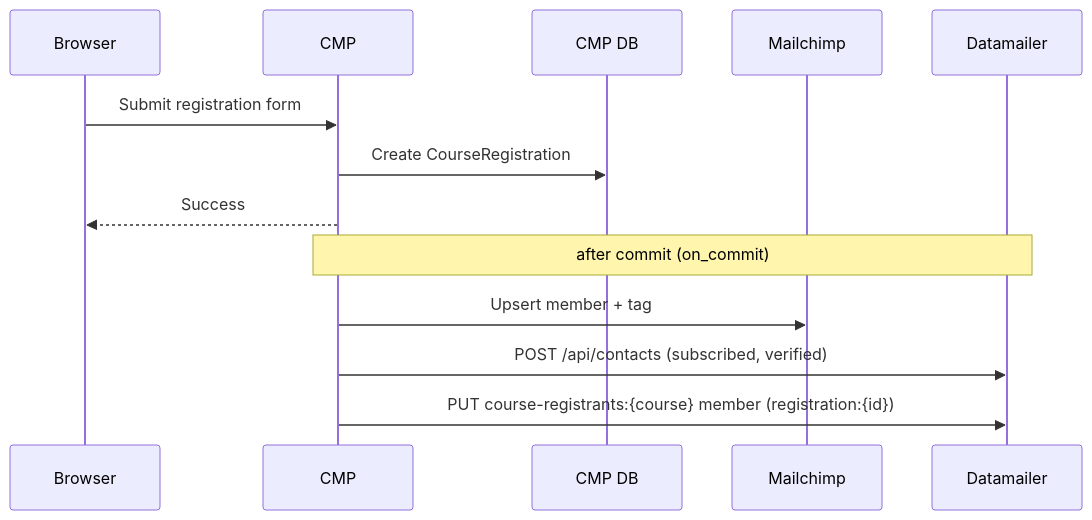
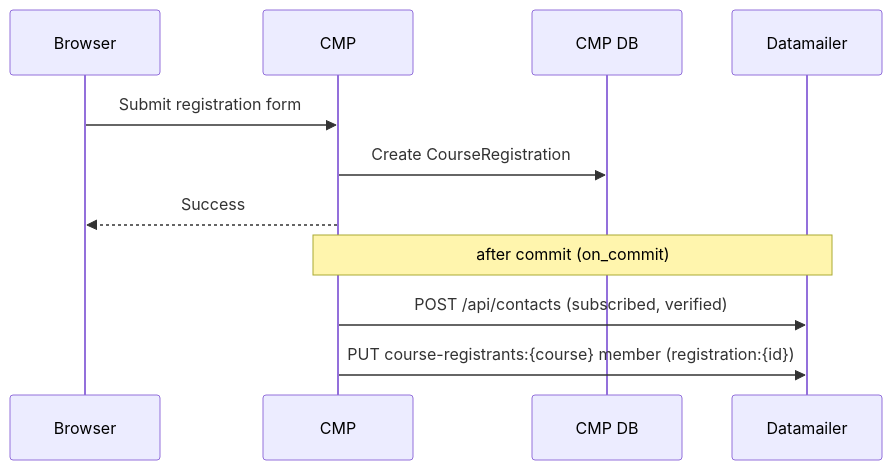
The seventh of 17 diagrams in docs/datamailer-integration.md (DataTalksClub/course-management-platform), drawn with Mermaid before and after one commit. The commit also changed other lines of this file and 5 other files, not shown here.

````diff
--- a/docs/datamailer-integration.md
+++ b/docs/datamailer-integration.md
@@ -458,16 +458,14 @@
 ```mermaid
 sequenceDiagram
     participant Browser
     participant CMP
     participant DB as CMP DB
-    participant MC as Mailchimp
     participant DM as Datamailer
 
     Browser->>CMP: Submit registration form
     CMP->>DB: Create CourseRegistration
     CMP-->>Browser: Success
     Note over CMP,DM: after commit (on_commit)
-    CMP->>MC: Upsert member + tag
     CMP->>DM: POST /api/contacts (subscribed, verified)
     CMP->>DM: PUT course-registrants:{course} member (registration:{id})
 ```
````
